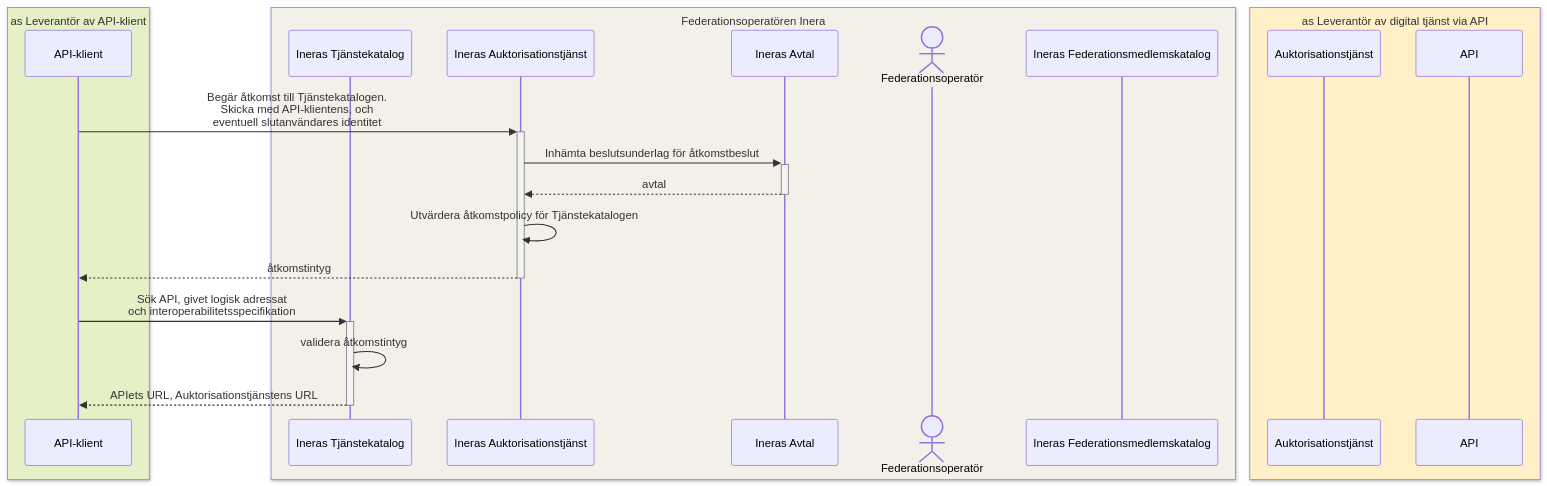
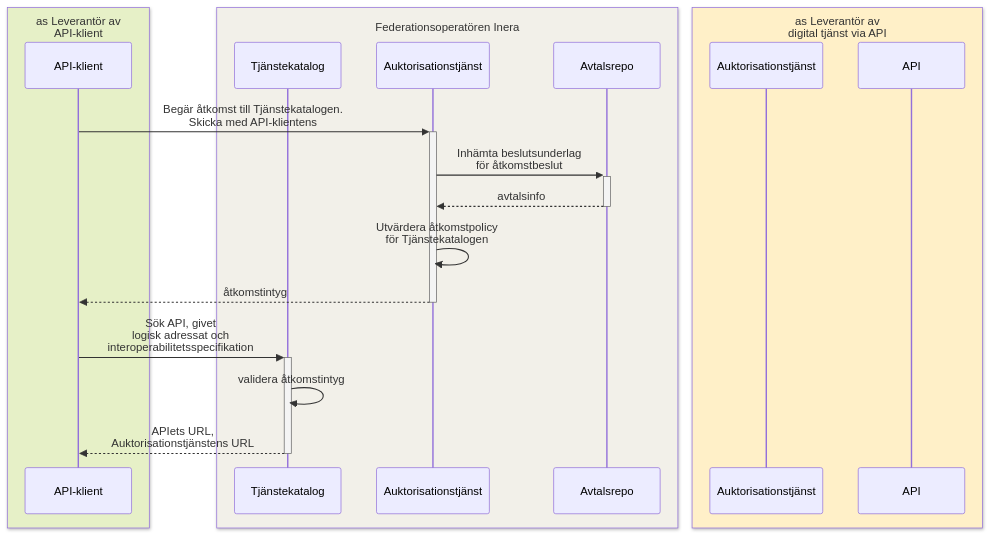
Before and after one commit to anders-malmros-inera/t2mmd: the diagram in pocSequenceDiagram_apiLookup.mmd, drawn with Mermaid. The commit also changed 2 other files, not shown here.

```diff
--- a/pocSequenceDiagram_apiLookup.mmd
+++ b/pocSequenceDiagram_apiLookup.mmd
@@ -1,27 +1,26 @@
 sequenceDiagram
-  box rgb(230, 240, 199) as Leverantör av API-klient
+  box rgb(230, 240, 199) as Leverantör av <br/>API-klient
     participant c as API-klient
   end
   box rgb(242, 240,233) Federationsoperatören Inera
-    participant tak as Ineras Tjänstekatalog
-    participant ias as Ineras Auktorisationstjänst
-    participant ia as Ineras Avtal
-    actor fu as Federationsoperatör
-    participant f as Ineras Federationsmedlemskatalog
+    participant tak as Tjänstekatalog
+    participant ias as Auktorisationstjänst
+    participant ia as Avtalsrepo
+    %%actor fu as Federationsoperatör
+    %%participant f as Federationsmedlemskatalog
   end
-  box rgb(256, 240, 200) as Leverantör av digital tjänst via API
+  box rgb(256, 240, 200) as Leverantör av<br/>digital tjänst via API
     participant as as Auktorisationstjänst
     participant rs as API
   end
-
   
-  c ->>+ ias: Begär åtkomst till Tjänstekatalogen. <br/>Skicka med API-klientens, och<br/>eventuell slutanvändares identitet
-  ias ->>+ ia: Inhämta beslutsunderlag för åtkomstbeslut
-  ia -->>- ias: avtal
-  ias ->> ias: Utvärdera åtkomstpolicy för Tjänstekatalogen
+  c ->>+ ias: Begär åtkomst till Tjänstekatalogen. <br/>Skicka med API-klientens
+  ias ->>+ ia: Inhämta beslutsunderlag<br/>för åtkomstbeslut
+  ia -->>- ias: avtalsinfo
+  ias ->> ias: Utvärdera åtkomstpolicy<br/>för Tjänstekatalogen
   ias -->>- c: åtkomstintyg 
 
   
-  c ->>+ tak: Sök API, givet logisk adressat <br/> och interoperabilitetsspecifikation
+  c ->>+ tak: Sök API, givet<br/>logisk adressat och <br/> interoperabilitetsspecifikation
   tak ->> tak: validera åtkomstintyg
-  tak -->>- c: APIets URL, Auktorisationstjänstens URL
+  tak -->>- c: APIets URL,<br/>Auktorisationstjänstens URL
```
